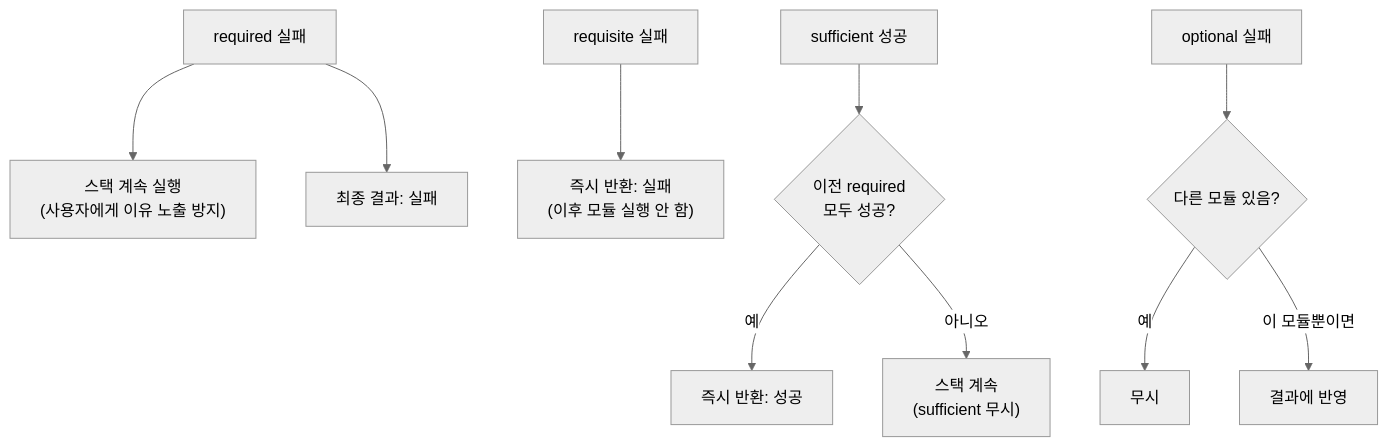
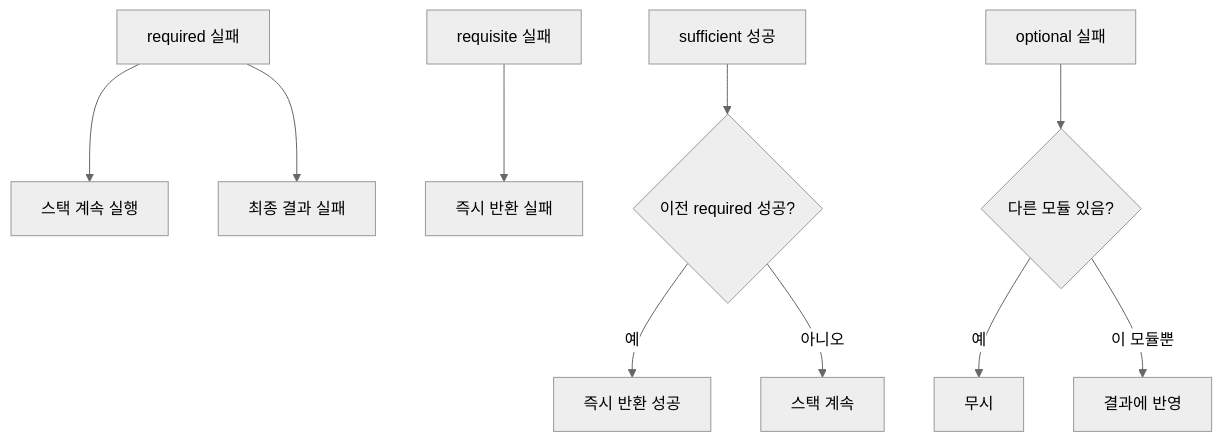
Before and after one commit to moonblueblue/devops-wiki: the second of 2 diagrams in content/linux/linux-security/pam.md, drawn with Mermaid (neutral theme). The commit also changed other lines of this file and 37 other files, not shown here.

First line of the commit message:
style: linux 카테고리 ASCII 도표·Mermaid 라벨 형식 교정

````diff
--- a/content/linux/linux-security/pam.md
+++ b/content/linux/linux-security/pam.md
@@ -153,19 +160,19 @@
 ```mermaid
 graph TD
     REQ["required 실패"]
-    REQ --> REQ1["스택 계속 실행<br/>(사용자에게 이유 노출 방지)"]
-    REQ --> REQ2["최종 결과: 실패"]
+    REQ --> REQ1["스택 계속 실행"]
+    REQ --> REQ2["최종 결과 실패"]
 
     RQT["requisite 실패"]
-    RQT --> RQT1["즉시 반환: 실패<br/>(이후 모듈 실행 안 함)"]
+    RQT --> RQT1["즉시 반환 실패"]
 
     SUF["sufficient 성공"]
-    SUF --> SUF1{"이전 required<br/>모두 성공?"}
-    SUF1 -->|"예"| SUF2["즉시 반환: 성공"]
-    SUF1 -->|"아니오"| SUF3["스택 계속<br/>(sufficient 무시)"]
+    SUF --> SUF1{"이전 required 성공?"}
+    SUF1 -->|예| SUF2["즉시 반환 성공"]
+    SUF1 -->|아니오| SUF3["스택 계속"]
 
     OPT["optional 실패"]
     OPT --> OPT1{"다른 모듈 있음?"}
-    OPT1 -->|"예"| OPT2["무시"]
-    OPT1 -->|"이 모듈뿐이면"| OPT3["결과에 반영"]
+    OPT1 -->|예| OPT2["무시"]
+    OPT1 -->|이 모듈뿐| OPT3["결과에 반영"]
 ```
````
